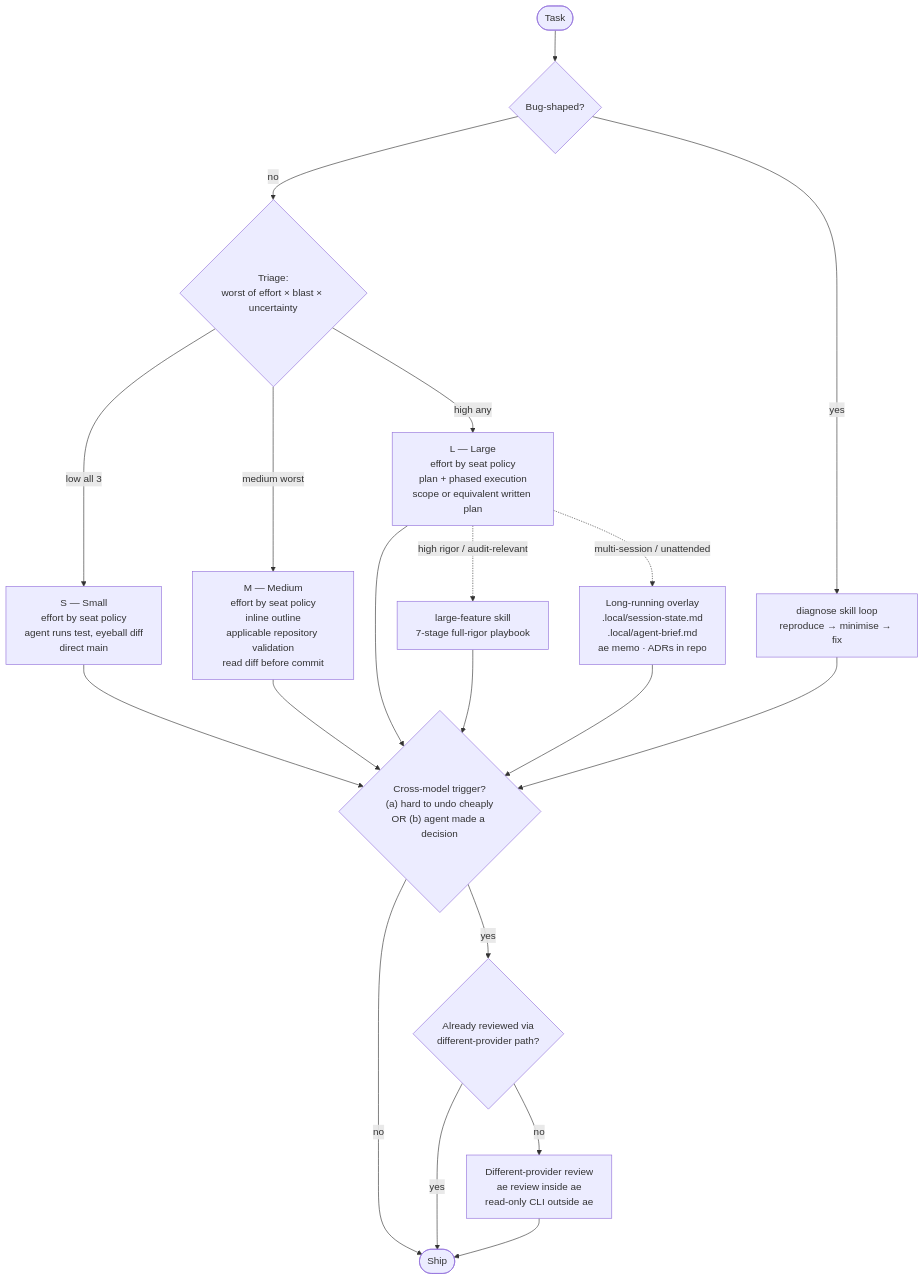
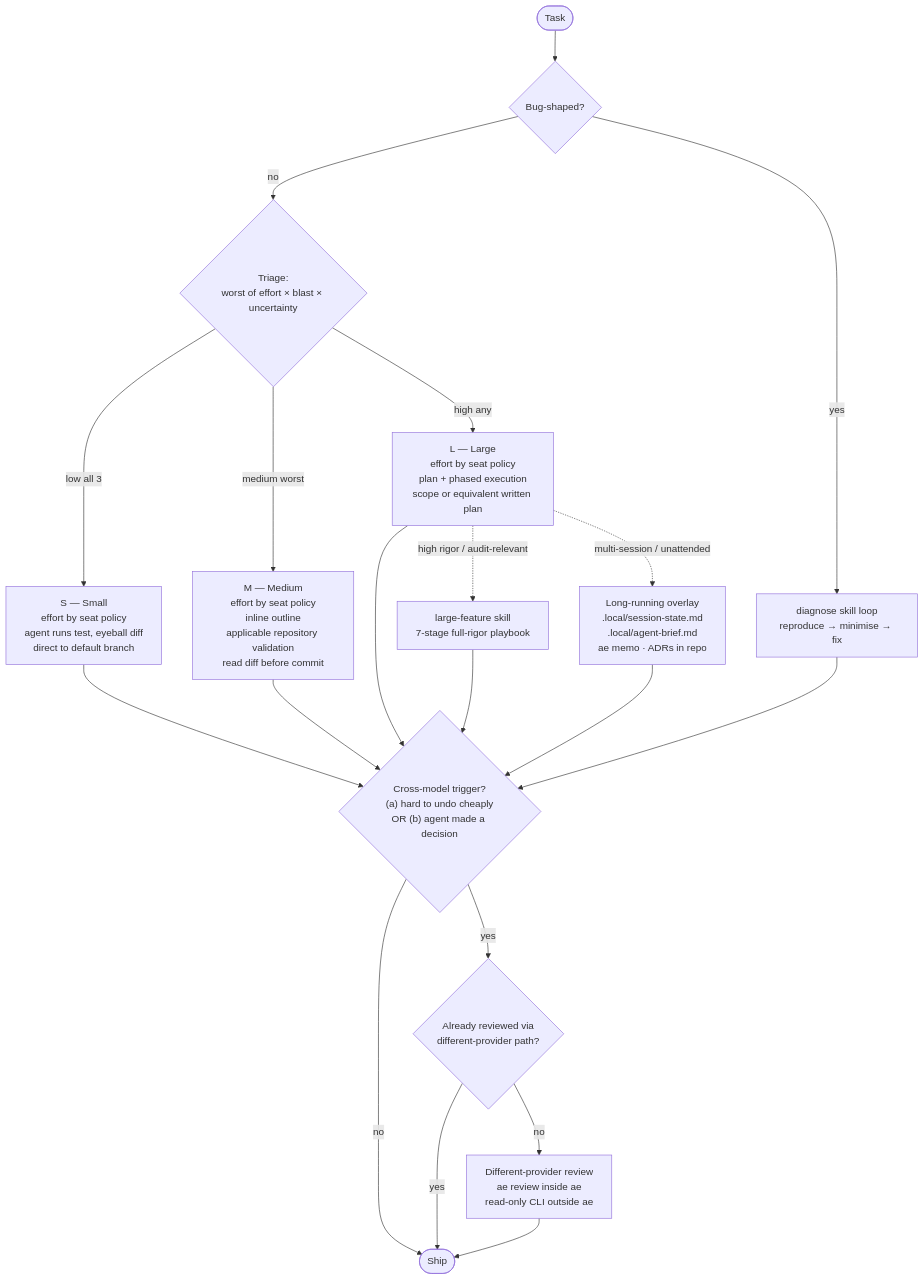
One commit to clemens33/dotfiles changed the diagram in WORKFLOW.md. Above: the diagram before and after it, drawn with Mermaid. The commit also changed other lines of this file, not shown here.

Commit message:
workflow: fix memory path, provider wording, triage inference; consolidate effort pointers; drop stale footer

````diff
--- a/WORKFLOW.md
+++ b/WORKFLOW.md
@@ -21,27 +18,27 @@
 ```mermaid
 flowchart TD
     Task([Task]) --> BugCheck{Bug-shaped?}
     BugCheck -- yes --> Diag[diagnose skill loop<br/>reproduce → minimise → fix]
     BugCheck -- no --> Triage{"Triage:<br/>worst of effort × blast × uncertainty"}
 
-    Triage -- low all 3 --> S["S — Small<br/>effort by seat policy<br/>agent runs test, eyeball diff<br/>direct main"]
+    Triage -- low all 3 --> S["S — Small<br/>effort by seat policy<br/>agent runs test, eyeball diff<br/>direct to default branch"]
     Triage -- medium worst --> M["M — Medium<br/>effort by seat policy<br/>inline outline<br/>applicable repository validation<br/>read diff before commit"]
     Triage -- high any --> L["L — Large<br/>effort by seat policy<br/>plan + phased execution<br/>scope or equivalent written plan"]
 
     L -. high rigor / audit-relevant .-> Playbook["large-feature skill<br/>7-stage full-rigor playbook"]
     L -. multi-session / unattended .-> LR["Long-running overlay<br/>.local/session-state.md<br/>.local/agent-brief.md<br/>ae memo · ADRs in repo"]
 
     S --> Gate
     M --> Gate
     L --> Gate
     Playbook --> Gate
     LR --> Gate
     Diag --> Gate
 
     Gate{"Cross-model trigger?<br/>(a) hard to undo cheaply<br/>OR (b) agent made a decision"}
     Gate -- no --> Ship([Ship])
     Gate -- yes --> CMR{Already reviewed via<br/>different-provider path?}
     CMR -- yes --> Ship
     CMR -- no --> Review[Different-provider review<br/>ae review inside ae<br/>read-only CLI outside ae]
     Review --> Ship
 ```
````
